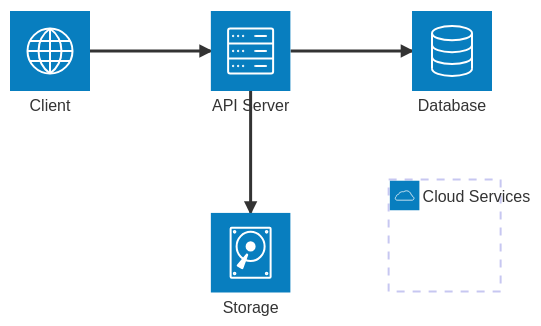
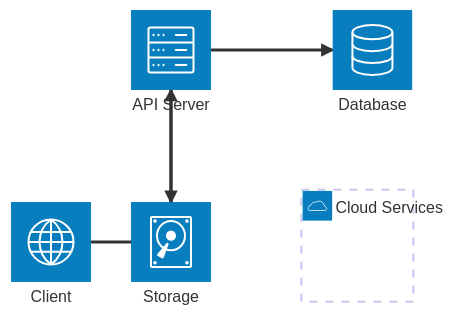
The diagram in examples/triton/architecture/architecture.mmd (ormasoftchile/triton), drawn with Mermaid before and after one commit. The commit also changed 167 other files, not shown here.

First line of the commit message:
docs: add diagram options reference + universal %% comment support

```diff
--- a/examples/triton/architecture/architecture.mmd
+++ b/examples/triton/architecture/architecture.mmd
@@ -1,9 +1,18 @@
 architecture-beta
+%% ────────────────────────────────────────────────────────────────────────────
+%% ARCHITECTURE — options quick-ref
+%% ────────────────────────────────────────────────────────────────────────────
+%% Header:   architecture-beta
+%% Blocks:   group <id>(<icon>)[<label>]  ·  service <id>(<icon>)[<label>] [in <group>]
+%% Edges:    from:Side --> Side:to  ·  from:Side -- Side:to  ·  from:Side <--> Side:to
+%% Sides:    L · R · T · B  (lowercase also accepted)
+%% Comments: %% text  (stripped before parse — safe on any line)
+%% ────────────────────────────────────────────────────────────────────────────
   group cloud_grp(cloud)[Cloud Services]
     service api(server)[API Server]
     service db(database)[Database]
   service client(internet)[Client]
   service storage(disk)[Storage]
-  client:R --> L:api
+  client:R --> B:api
   api:R --> L:db
   api:B --> T:storage
```
